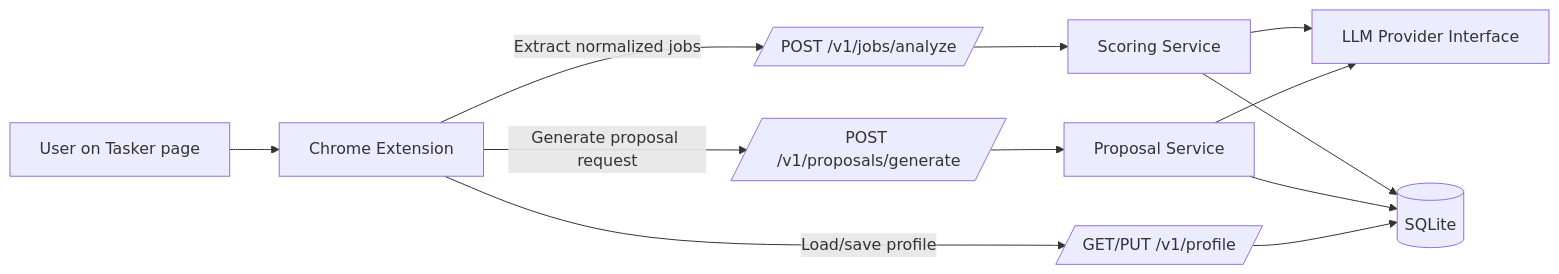
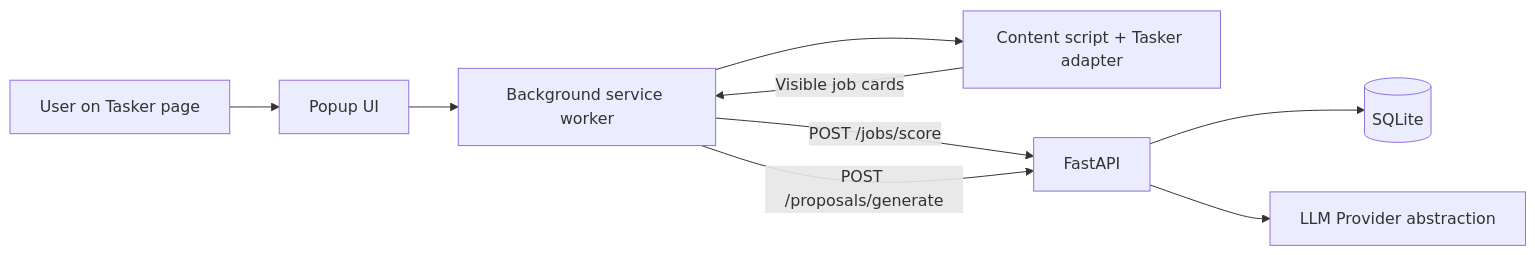
Before and after one commit to kk034kk034/tasker-copilot: the diagram in ARCHITECTURE.md, drawn with Mermaid. The commit also changed other lines of this file and 17 other files, not shown here.

````diff
--- a/ARCHITECTURE.md
+++ b/ARCHITECTURE.md
@@ -8,14 +8,11 @@
 ```mermaid
 flowchart LR
-  U[User on Tasker page] --> E[Chrome Extension]
-  E -->|Extract normalized jobs| A[/POST /v1/jobs/analyze/]
-  E -->|Generate proposal request| B[/POST /v1/proposals/generate/]
-  E -->|Load/save profile| C[/GET/PUT /v1/profile/]
-  A --> S[Scoring Service]
-  B --> P[Proposal Service]
-  S --> L[LLM Provider Interface]
-  P --> L
-  S --> D[(SQLite)]
-  P --> D
-  C --> D
+  U[User on Tasker page] --> P[Popup UI]
+  P --> B[Background service worker]
+  B --> C[Content script + Tasker adapter]
+  C -->|Visible job cards| B
+  B -->|POST /jobs/score| API[FastAPI]
+  B -->|POST /proposals/generate| API
+  API --> DB[(SQLite)]
+  API --> LLM[LLM Provider abstraction]
 ```
````
